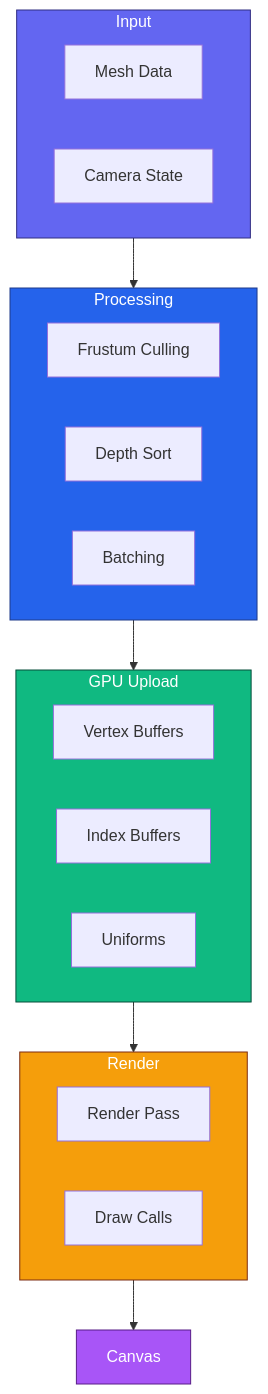
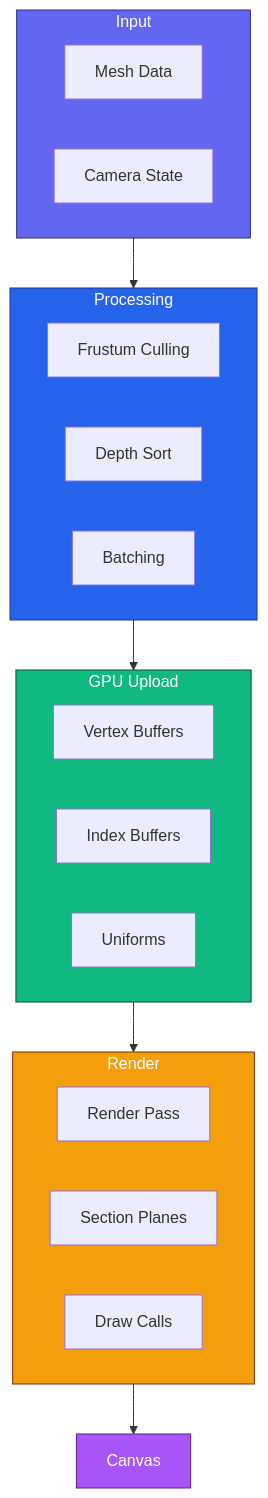
Before and after one commit to louistrue/ifc-lite: diagram 11 of 17 in docs/architecture/overview.md, drawn with Mermaid. The commit also changed other lines of this file and 7 other files, not shown here.

First line of the commit message:
docs: comprehensive update for server architecture, IFC5 support, and new features

````diff
--- a/docs/architecture/overview.md
+++ b/docs/architecture/overview.md
@@ -217,37 +382,38 @@
 ```mermaid
 flowchart TB
     subgraph Input["Input"]
         Meshes["Mesh Data"]
         Camera["Camera State"]
     end
 
     subgraph Process["Processing"]
         Cull["Frustum Culling"]
         Sort["Depth Sort"]
         Batch["Batching"]
     end
 
     subgraph Upload["GPU Upload"]
         Vertex["Vertex Buffers"]
         Index["Index Buffers"]
         Uniform["Uniforms"]
     end
 
     subgraph Render["Render"]
         Pass["Render Pass"]
+        Section["Section Planes"]
         Draw["Draw Calls"]
     end
 
     Output["Canvas"]
 
     Input --> Process
     Process --> Upload
     Upload --> Render
     Render --> Output
 
     style Input fill:#6366f1,stroke:#312e81,color:#fff
     style Process fill:#2563eb,stroke:#1e3a8a,color:#fff
     style Upload fill:#10b981,stroke:#064e3b,color:#fff
     style Render fill:#f59e0b,stroke:#7c2d12,color:#fff
     style Output fill:#a855f7,stroke:#581c87,color:#fff
 ```
````
